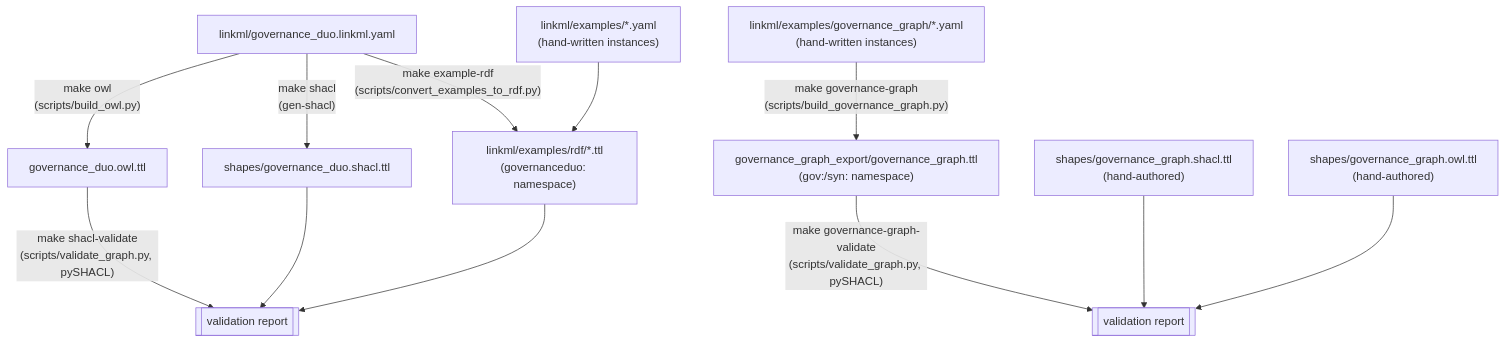
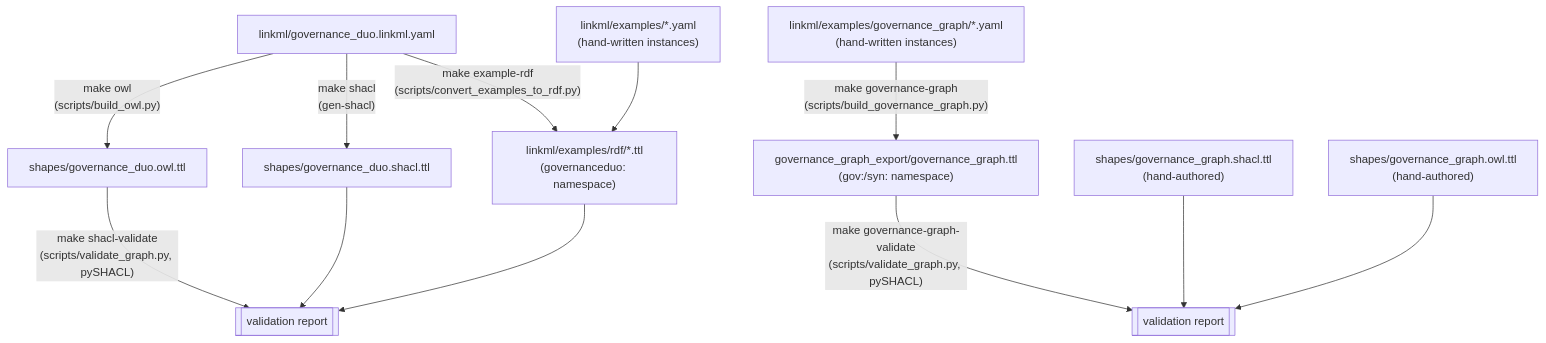
One commit to mc2-center/governanceDUO changed the diagram in docs/knowledge-graph.md. Above: the diagram before and after it, drawn with Mermaid. The commit also changed other lines of this file and 15 other files, not shown here.

````diff
--- a/docs/knowledge-graph.md
+++ b/docs/knowledge-graph.md
@@ -9,22 +9,22 @@
 ```mermaid
 flowchart TD
     schema[linkml/governance_duo.linkml.yaml]
     examples["linkml/examples/*.yaml\n(hand-written instances)"]
     ggexamples["linkml/examples/governance_graph/*.yaml\n(hand-written instances)"]
 
-    schema -->|"make owl\n(scripts/build_owl.py)"| owl[governance_duo.owl.ttl]
+    schema -->|"make owl\n(scripts/build_owl.py)"| owl[shapes/governance_duo.owl.ttl]
     schema -->|"make shacl\n(gen-shacl)"| shacl[shapes/governance_duo.shacl.ttl]
     schema -->|"make example-rdf\n(scripts/convert_examples_to_rdf.py)"| abox["linkml/examples/rdf/*.ttl\n(governanceduo: namespace)"]
     examples --> abox
     ggexamples -->|"make governance-graph\n(scripts/build_governance_graph.py)"| gg["governance_graph_export/governance_graph.ttl\n(gov:/syn: namespace)"]
     ggtbox["shapes/governance_graph.owl.ttl\n(hand-authored)"]
     ggshapes["shapes/governance_graph.shacl.ttl\n(hand-authored)"]
 
     owl -->|"make shacl-validate\n(scripts/validate_graph.py, pySHACL)"| validate[[validation report]]
     shacl --> validate
     abox --> validate
 
     gg -->|"make governance-graph-validate\n(scripts/validate_graph.py, pySHACL)"| ggvalidate[[validation report]]
     ggshapes --> ggvalidate
     ggtbox --> ggvalidate
 ```
````
